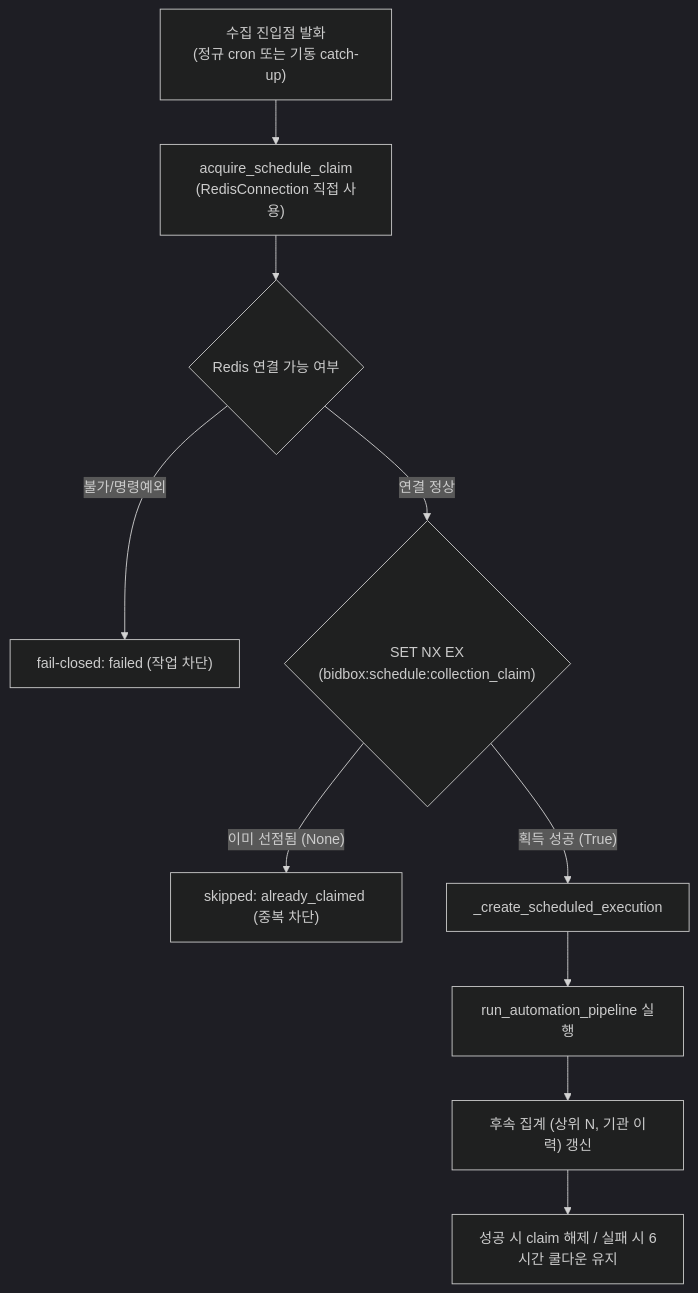
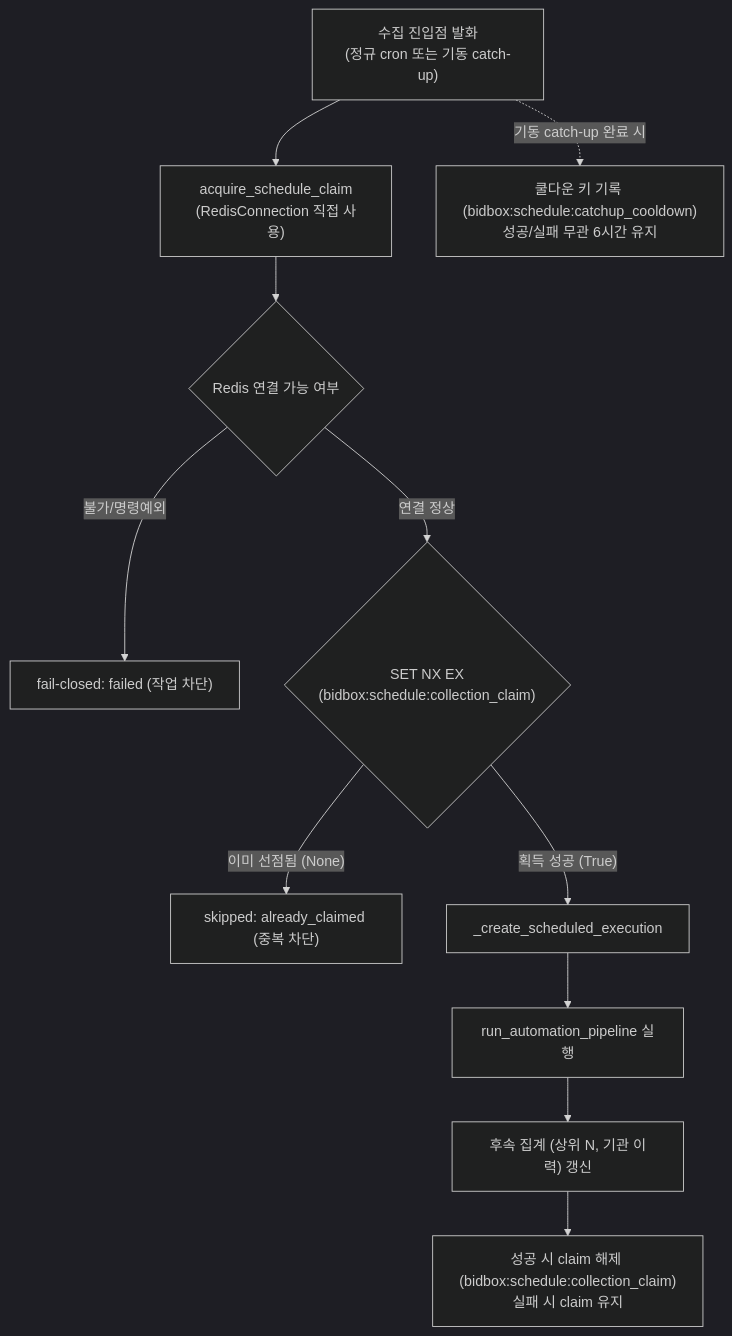
One commit to kwanbum217/refac_bid_box changed the diagram in docs/ops/scheduling.md. Above: the diagram before and after it, drawn with Mermaid (dark theme). The commit also changed other lines of this file and 4 other files, not shown here.

Commit message:
fix: isolate schedule claim from cooldown and mock redis in offload tests

````diff
--- a/docs/ops/scheduling.md
+++ b/docs/ops/scheduling.md
@@ -38,12 +38,13 @@
 ```mermaid
 flowchart TD
     A["수집 진입점 발화<br/>(정규 cron 또는 기동 catch-up)"] --> B["acquire_schedule_claim<br/>(RedisConnection 직접 사용)"]
     B --> C{"Redis 연결 가능 여부"}
     C -- 불가/명령예외 --> D["fail-closed: failed (작업 차단)"]
     C -- 연결 정상 --> E{"SET NX EX<br/>(bidbox:schedule:collection_claim)"}
     E -- 이미 선점됨 (None) --> F["skipped: already_claimed (중복 차단)"]
     E -- 획득 성공 (True) --> G["_create_scheduled_execution"]
     G --> H["run_automation_pipeline 실행"]
     H --> I["후속 집계 (상위 N, 기관 이력) 갱신"]
-    I --> J["성공 시 claim 해제 / 실패 시 6시간 쿨다운 유지"]
+    I --> J["성공 시 claim 해제 (bidbox:schedule:collection_claim)<br/>실패 시 claim 유지"]
+    A -. 기동 catch-up 완료 시 .-> K["쿨다운 키 기록 (bidbox:schedule:catchup_cooldown)<br/>성공/실패 무관 6시간 유지"]
 ```
````
